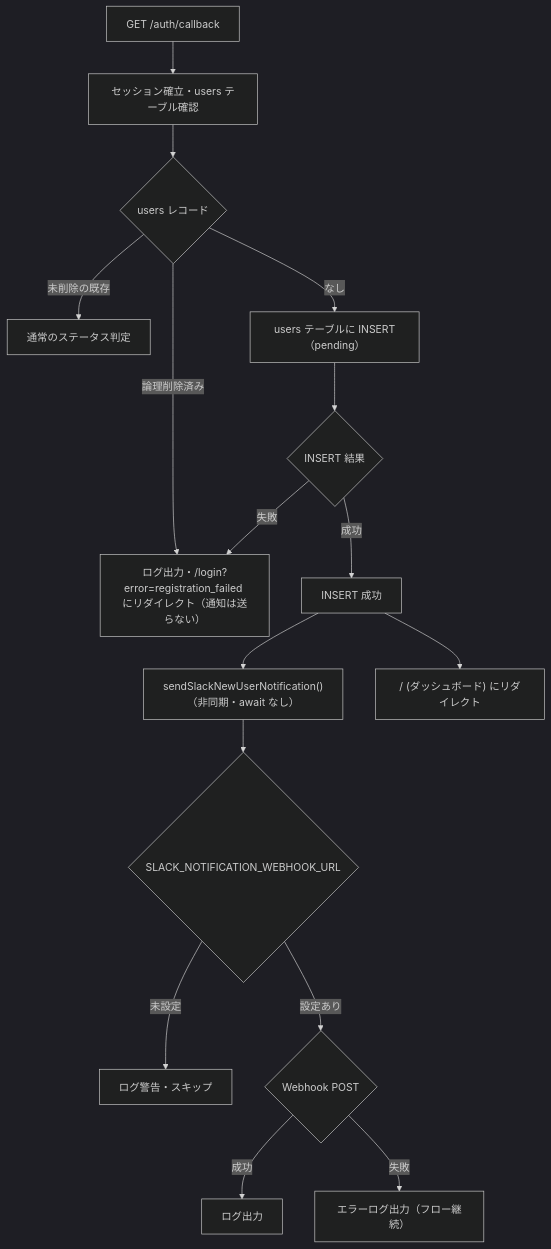
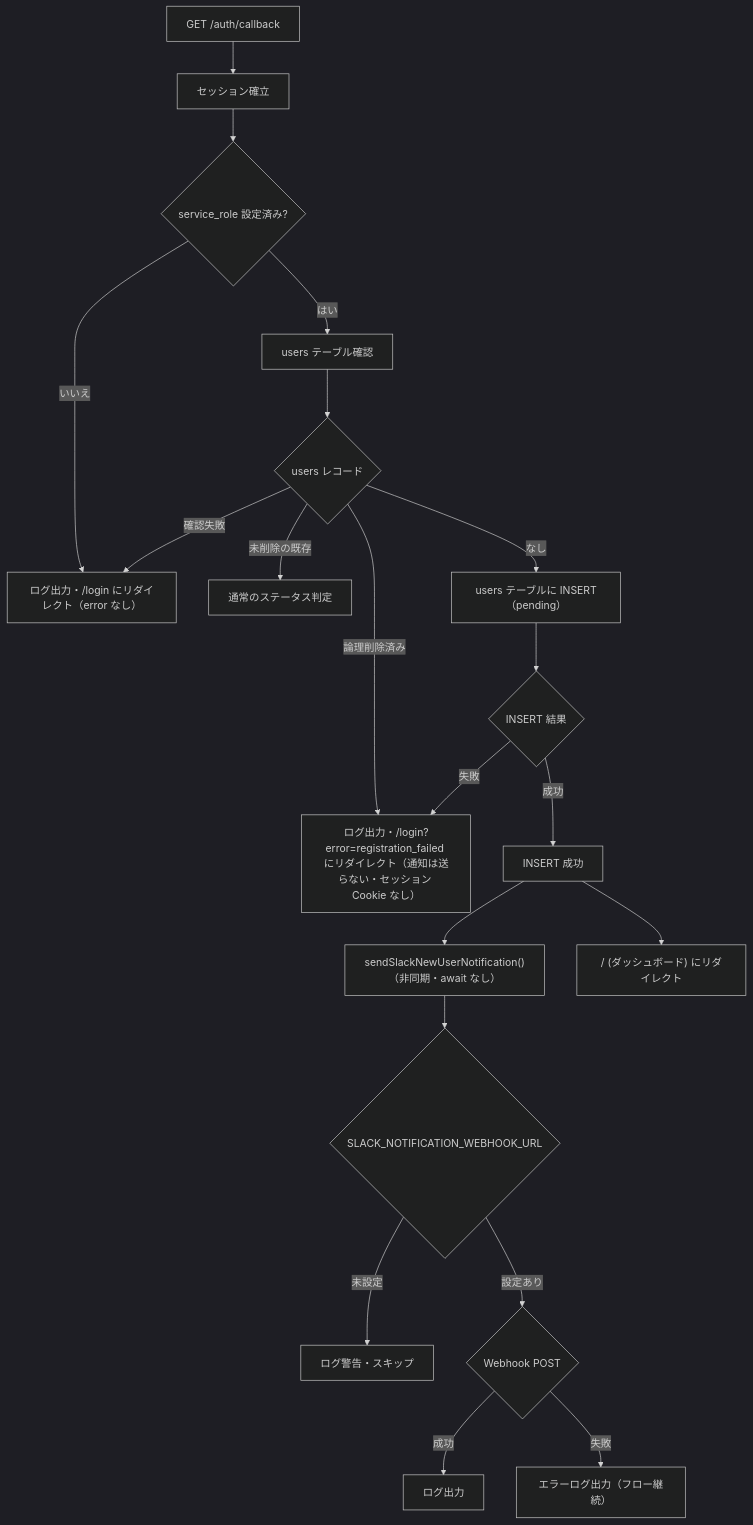
One commit to Singuralitylabs/sinlab-study changed the sixth of 7 diagrams in docs/specification.md. Above: the diagram before and after it, drawn with Mermaid (dark theme). The commit also changed other lines of this file and 5 other files, not shown here.

````diff
--- a/docs/specification.md
+++ b/docs/specification.md
@@ -883,18 +884,22 @@
 ```mermaid
 flowchart TD
-    A["GET /auth/callback"] --> B["セッション確立・users テーブル確認"]
-    B --> C{users レコード}
+    A["GET /auth/callback"] --> B["セッション確立"]
+    B --> K{service_role 設定済み?}
+    K -->|いいえ| L["ログ出力・/login にリダイレクト（error なし）"]
+    K -->|はい| B2["users テーブル確認"]
+    B2 --> C{users レコード}
+    C -->|確認失敗| L
     C -->|未削除の既存| Z[通常のステータス判定]
-    C -->|論理削除済み| Q["ログ出力・/login?error=registration_failed にリダイレクト（通知は送らない）"]
+    C -->|論理削除済み| Q["ログ出力・/login?error=registration_failed にリダイレクト（通知は送らない・セッション Cookie なし）"]
     C -->|なし| D["users テーブルに INSERT（pending）"]
     D --> E{INSERT 結果}
     E -->|成功| S[INSERT 成功]
     S --> F["sendSlackNewUserNotification()<br/>（非同期・await なし）"]
     S --> P["/ (ダッシュボード) にリダイレクト"]
     F --> G1{SLACK_NOTIFICATION_WEBHOOK_URL}
     G1 -->|未設定| H1[ログ警告・スキップ]
     G1 -->|設定あり| H2{Webhook POST}
     H2 -->|成功| I1[ログ出力]
     H2 -->|失敗| I2["エラーログ出力（フロー継続）"]
     E -->|失敗| Q
 ```
````
